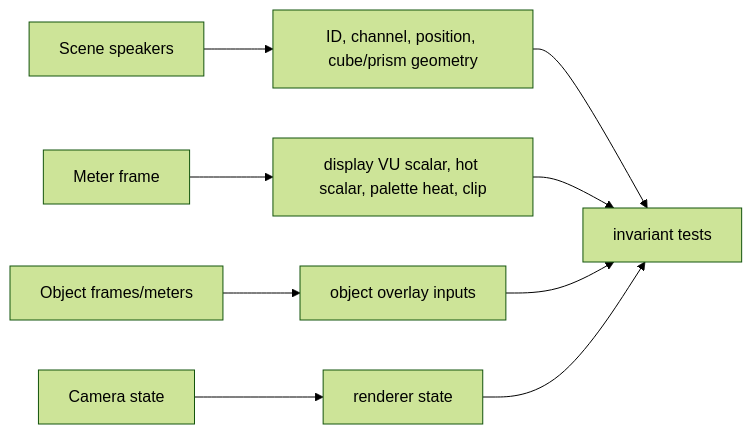
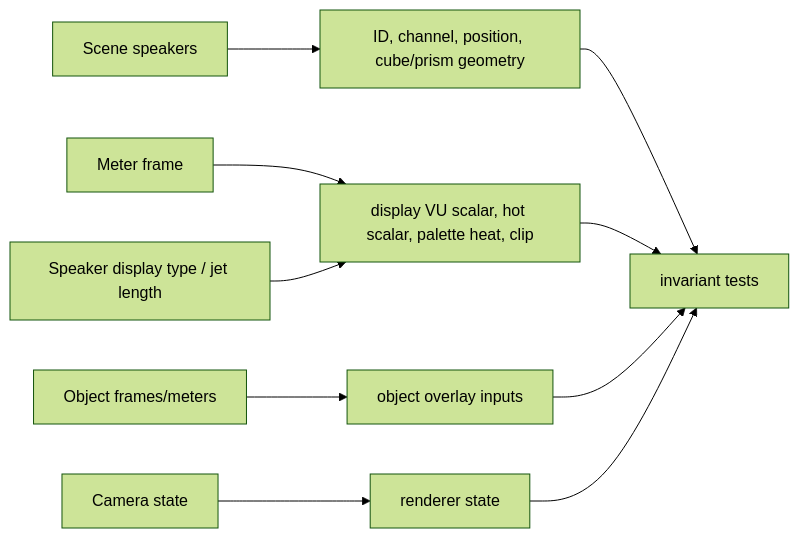
Before and after one commit to jebagu/orbital-view: diagram 14 of 20 in docs/system-flows.md, drawn with Mermaid (forest theme). The commit also changed other lines of this file and 15 other files, not shown here.

````diff
--- a/docs/system-flows.md
+++ b/docs/system-flows.md
@@ -189,11 +189,12 @@
 ```mermaid
 flowchart LR
   Scene["Scene speakers"] --> StaticInputs["ID, channel, position, cube/prism geometry"]
   Meter["Meter frame"] --> ColorInputs["display VU scalar, hot scalar, palette heat, clip"]
   Objects["Object frames/meters"] --> ObjectInputs["object overlay inputs"]
   Camera["Camera state"] --> State["renderer state"]
+  DisplayType["Speaker display type / jet length"] --> ColorInputs
   StaticInputs --> Tests["invariant tests"]
   ColorInputs --> Tests
   ObjectInputs --> Tests
   State --> Tests
 ```
````
